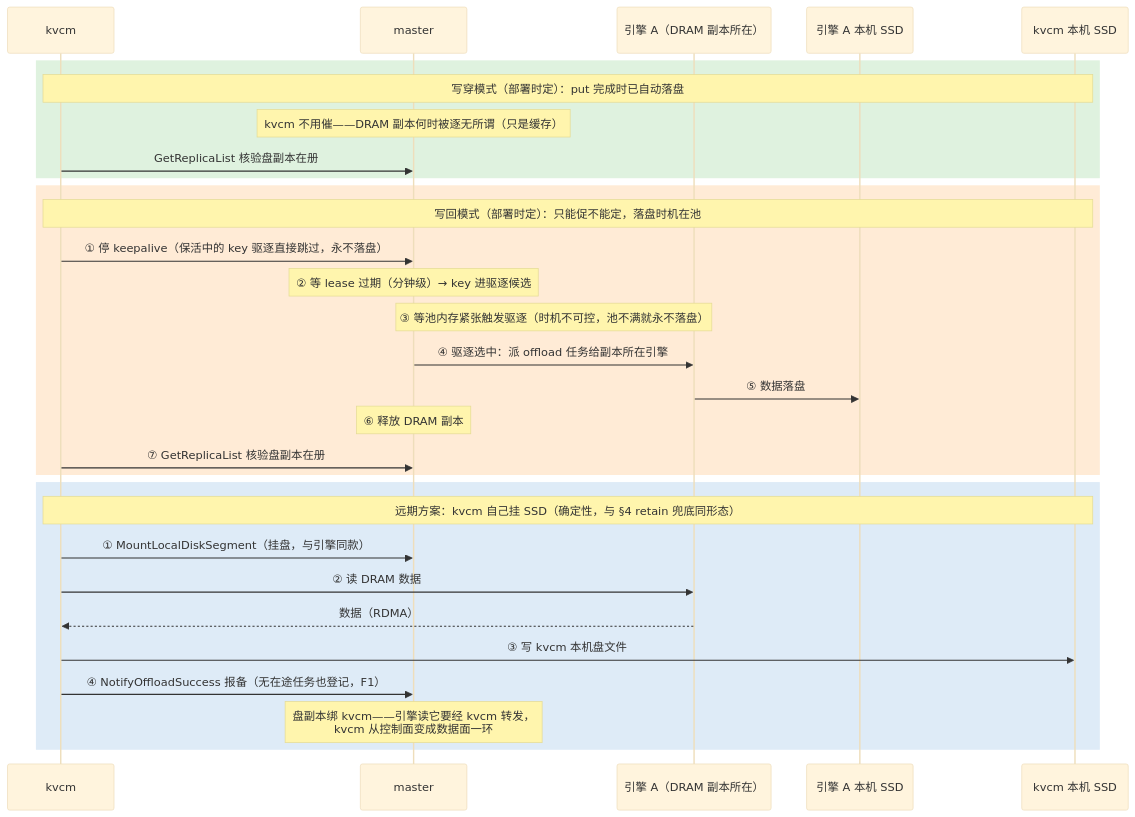
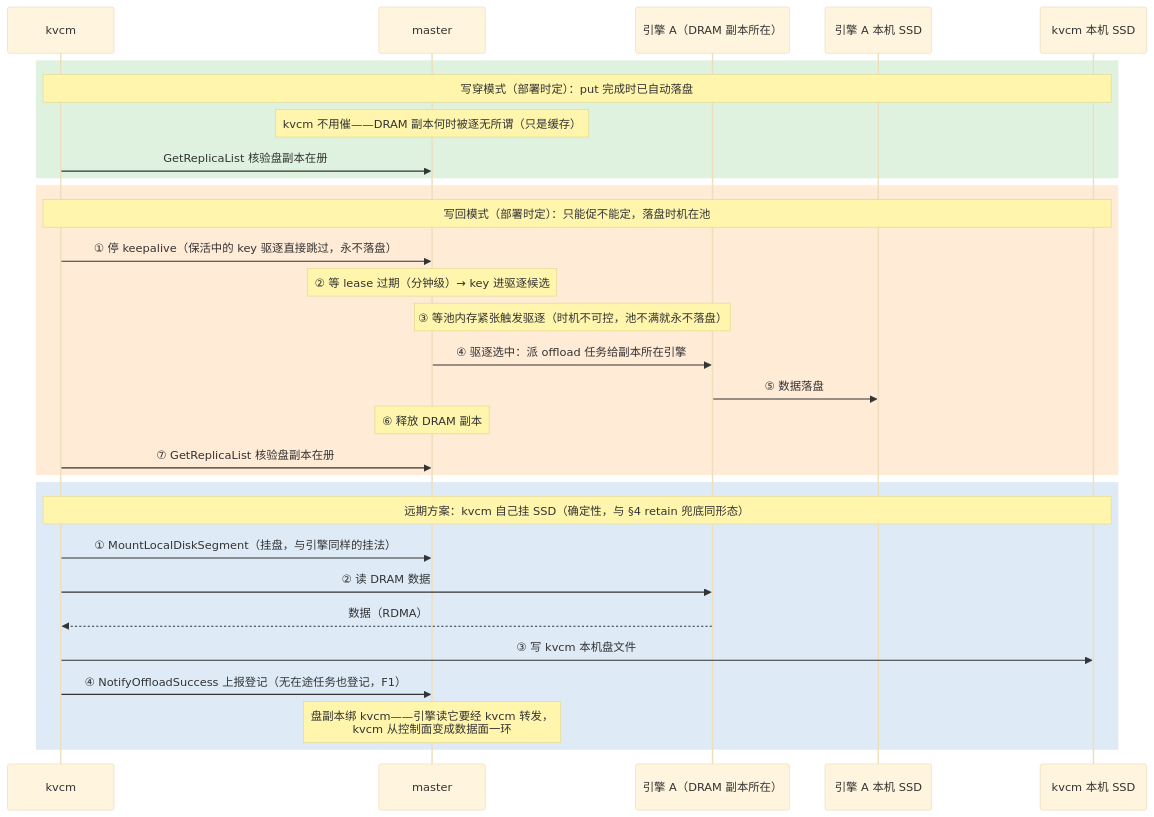
The sixth of 10 diagrams in kvcm/D2-kv-operations.md (5x8-40/lake), drawn with Mermaid (base theme) before and after one commit. The commit also changed other lines of this file and 2 other files, not shown here.

````diff
--- a/kvcm/D2-kv-operations.md
+++ b/kvcm/D2-kv-operations.md
@@ -461,35 +461,35 @@
 ```mermaid
 sequenceDiagram
     participant K as kvcm
     participant M as master
     participant E as 引擎 A（DRAM 副本所在）
     participant ES as 引擎 A 本机 SSD
     participant KS as kvcm 本机 SSD
 
     rect rgb(223, 242, 223)
     Note over K,KS: 写穿模式（部署时定）：put 完成时已自动落盘
     Note over M: kvcm 不用催——DRAM 副本何时被逐无所谓（只是缓存）
     K->>M: GetReplicaList 核验盘副本在册
     end
 
     rect rgb(255, 235, 214)
     Note over K,KS: 写回模式（部署时定）：只能促不能定，落盘时机在池
     K->>M: ① 停 keepalive（保活中的 key 驱逐直接跳过，永不落盘）
     Note over M: ② 等 lease 过期（分钟级）→ key 进驱逐候选
     Note over M,E: ③ 等池内存紧张触发驱逐（时机不可控，池不满就永不落盘）
     M->>E: ④ 驱逐选中：派 offload 任务给副本所在引擎
     E->>ES: ⑤ 数据落盘
     Note over M: ⑥ 释放 DRAM 副本
     K->>M: ⑦ GetReplicaList 核验盘副本在册
     end
 
     rect rgb(222, 235, 247)
     Note over K,KS: 远期方案：kvcm 自己挂 SSD（确定性，与 §4 retain 兜底同形态）
-    K->>M: ① MountLocalDiskSegment（挂盘，与引擎同款）
+    K->>M: ① MountLocalDiskSegment（挂盘，与引擎同样的挂法）
     K->>E: ② 读 DRAM 数据
     E-->>K: 数据（RDMA）
     K->>KS: ③ 写 kvcm 本机盘文件
-    K->>M: ④ NotifyOffloadSuccess 报备（无在途任务也登记，F1）
+    K->>M: ④ NotifyOffloadSuccess 上报登记（无在途任务也登记，F1）
     Note over M: 盘副本绑 kvcm——引擎读它要经 kvcm 转发，<br/>kvcm 从控制面变成数据面一环
     end
 ```
````
